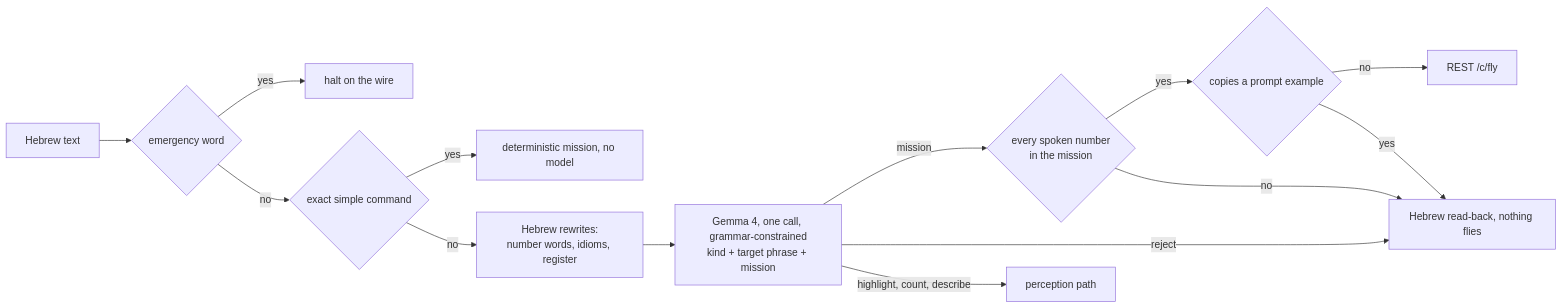
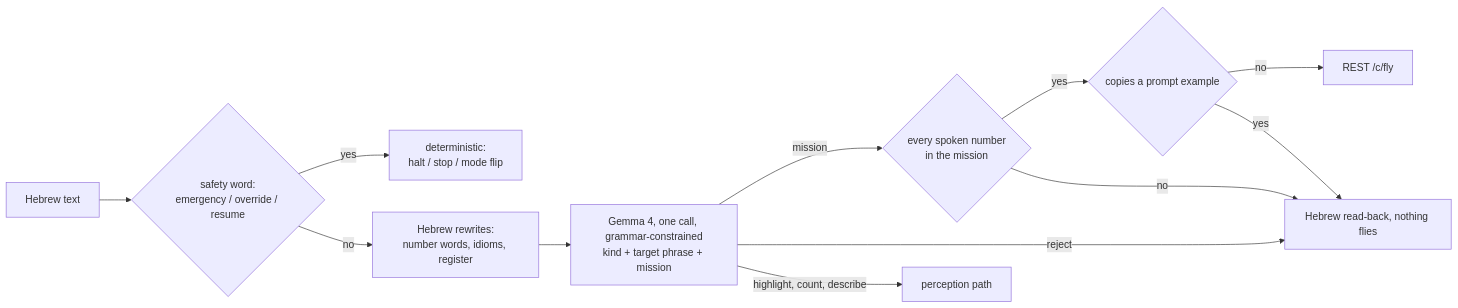
The second of 4 diagrams in docs/spec-harden2-architecture.md (inonitz/groundstation), drawn with Mermaid before and after one commit. The commit also changed other lines of this file and 14 other files, not shown here.

````diff
--- a/docs/spec-harden2-architecture.md
+++ b/docs/spec-harden2-architecture.md
@@ -66,16 +66,14 @@
 ```mermaid
 flowchart LR
-    T["Hebrew text"] --> S0{"emergency word"}
-    S0 -->|"yes"| STOP["halt on the wire"]
-    S0 -->|"no"| S1{"exact simple command"}
-    S1 -->|"yes"| BY["deterministic mission, no model"]
-    S1 -->|"no"| S2["Hebrew rewrites:<br/>number words, idioms, register"]
+    T["Hebrew text"] --> S0{"safety word:<br/>emergency / override / resume"}
+    S0 -->|"yes"| STOP["deterministic:<br/>halt / stop / mode flip"]
+    S0 -->|"no"| S2["Hebrew rewrites:<br/>number words, idioms, register"]
     S2 --> G["Gemma 4, one call, grammar-constrained<br/>kind + target phrase + mission"]
     G -->|"mission"| NG{"every spoken number<br/>in the mission"}
     NG -->|"yes"| EC{"copies a prompt example"}
     EC -->|"no"| W["REST /c/fly"]
     NG -->|"no"| RB["Hebrew read-back, nothing flies"]
     EC -->|"yes"| RB
     G -->|"reject"| RB
     G -->|"highlight, count, describe"| P["perception path"]
 ```
````
